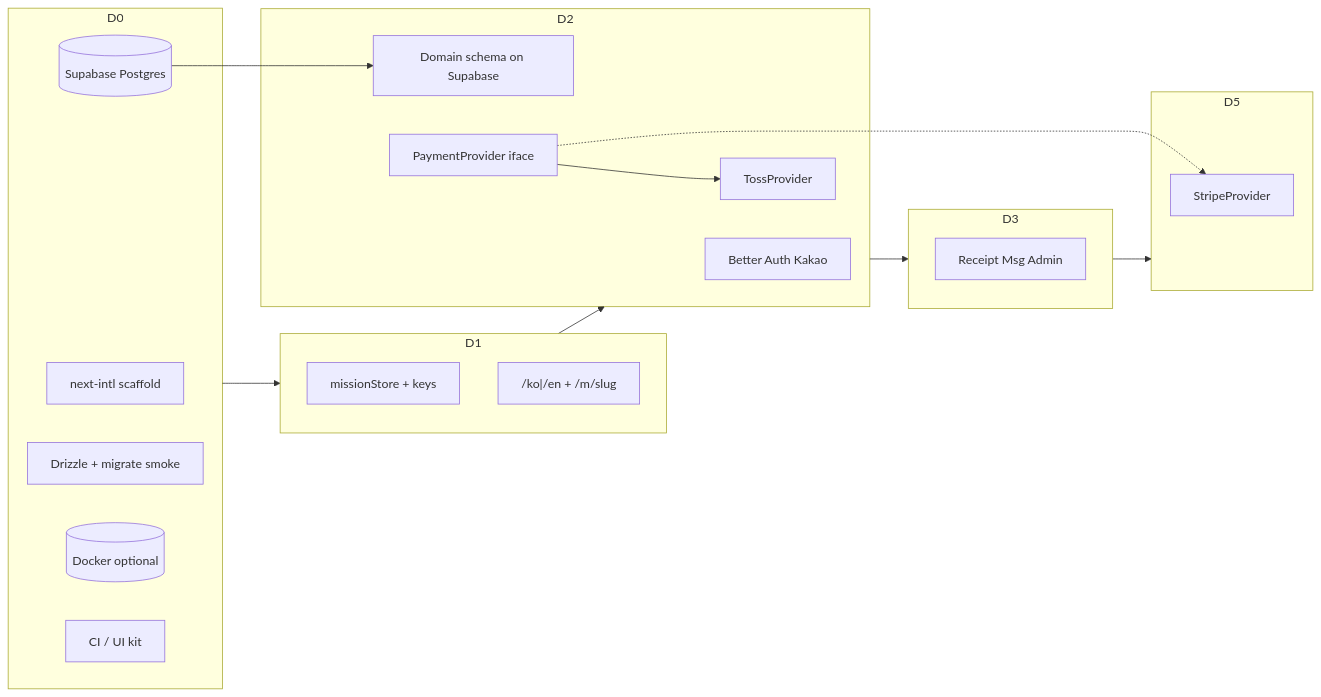
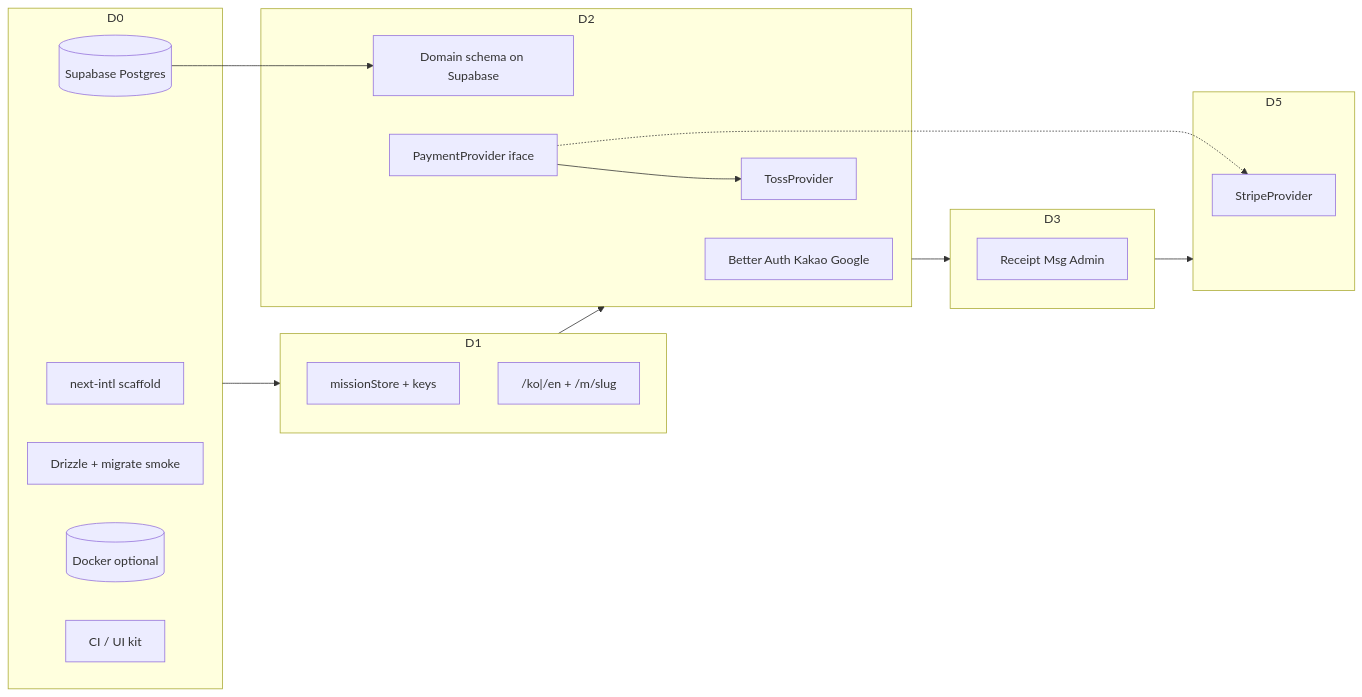
Before and after one commit to deokhokim911/ywamkoreafund: the first of 2 diagrams in doc/09_DEVELOPMENT_PHASES.md, drawn with Mermaid. The commit also changed other lines of this file and 34 other files, not shown here.

````diff
--- a/doc/09_DEVELOPMENT_PHASES.md
+++ b/doc/09_DEVELOPMENT_PHASES.md
@@ -93,36 +94,36 @@
 ```mermaid
 flowchart LR
   subgraph D0["D0"]
     I18nScaffold[next-intl scaffold]
     SupabasePG[(Supabase Postgres)]
     DrizzleInit[Drizzle + migrate smoke]
     DockerOpt[(Docker optional)]
     CI[CI / UI kit]
   end
 
   subgraph D1["D1"]
     MockStore[missionStore + keys]
     LocaleRoutes["/ko|/en + /m/slug"]
   end
 
   subgraph D2["D2"]
-    Auth[Better Auth Kakao]
+    Auth[Better Auth Kakao Google]
     Schema[Domain schema on Supabase]
     Toss[TossProvider]
     PayIface[PaymentProvider iface]
   end
 
   subgraph D3["D3"]
     Ops[Receipt Msg Admin]
   end
 
   subgraph D5["D5"]
     Stripe[StripeProvider]
   end
 
   D0 --> D1 --> D2 --> D3
   SupabasePG --> Schema
   PayIface --> Toss
   PayIface -.-> Stripe
   D3 --> D5
 ```
````
